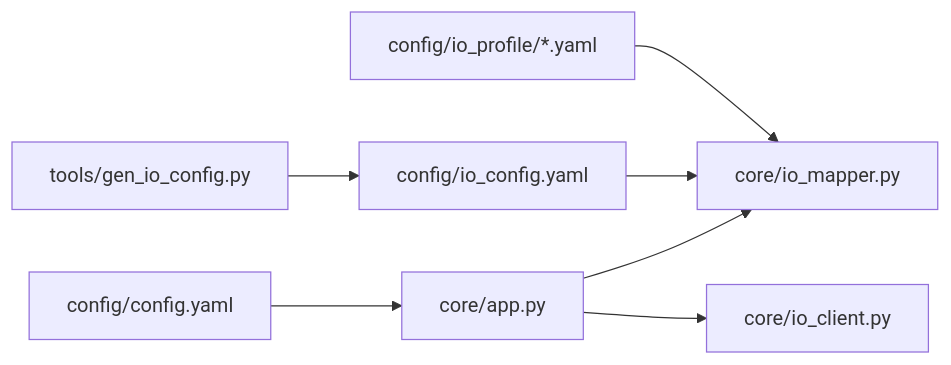
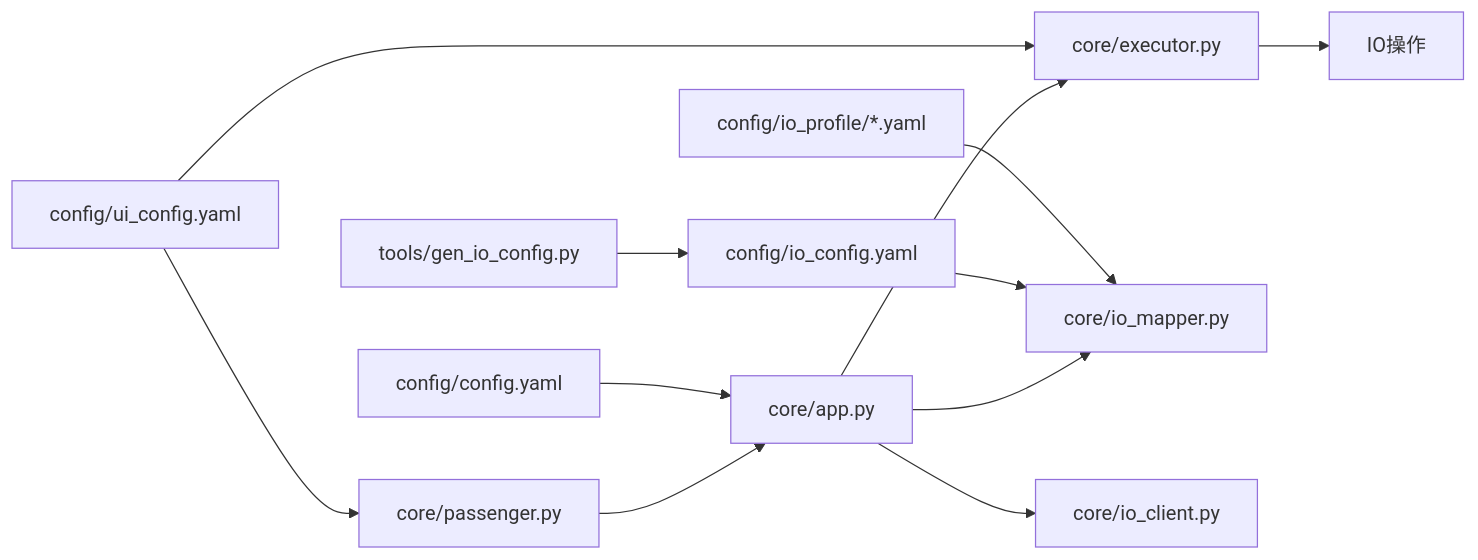
The seventh of 7 diagrams in .qoder/repowiki/zh/content/接口契约/IO配置文件管理.md (xmb505/Haku_EET), drawn with Mermaid before and after one commit. The commit also changed other lines of this file and 27 other files, not shown here.

````diff
--- a/.qoder/repowiki/zh/content/接口契约/IO配置文件管理.md
+++ b/.qoder/repowiki/zh/content/接口契约/IO配置文件管理.md
@@ -237,9 +334,14 @@
 ```mermaid
 graph LR
 CFG["config/config.yaml"] --> APP["core/app.py"]
+UICFG["config/ui_config.yaml"] --> PM["core/passenger.py"]
+UICFG --> EXE["core/executor.py"]
 PROFILE["config/io_profile/*.yaml"] --> MAPPER["core/io_mapper.py"]
 GEN["tools/gen_io_config.py"] --> MAPCFG["config/io_config.yaml"]
 MAPCFG --> MAPPER
 APP --> MAPPER
 APP --> CLIENT["core/io_client.py"]
+APP --> EXE
+EXE --> IO["IO操作"]
+PM --> APP
 ```
````
